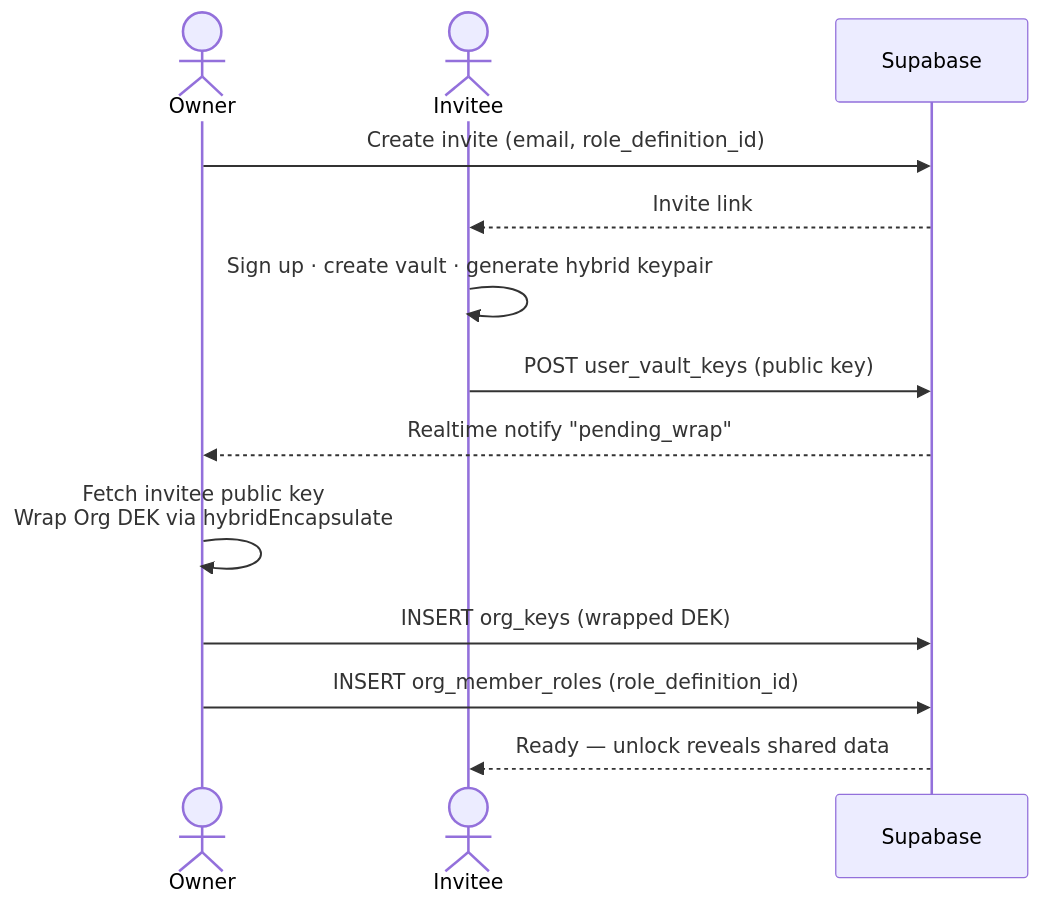
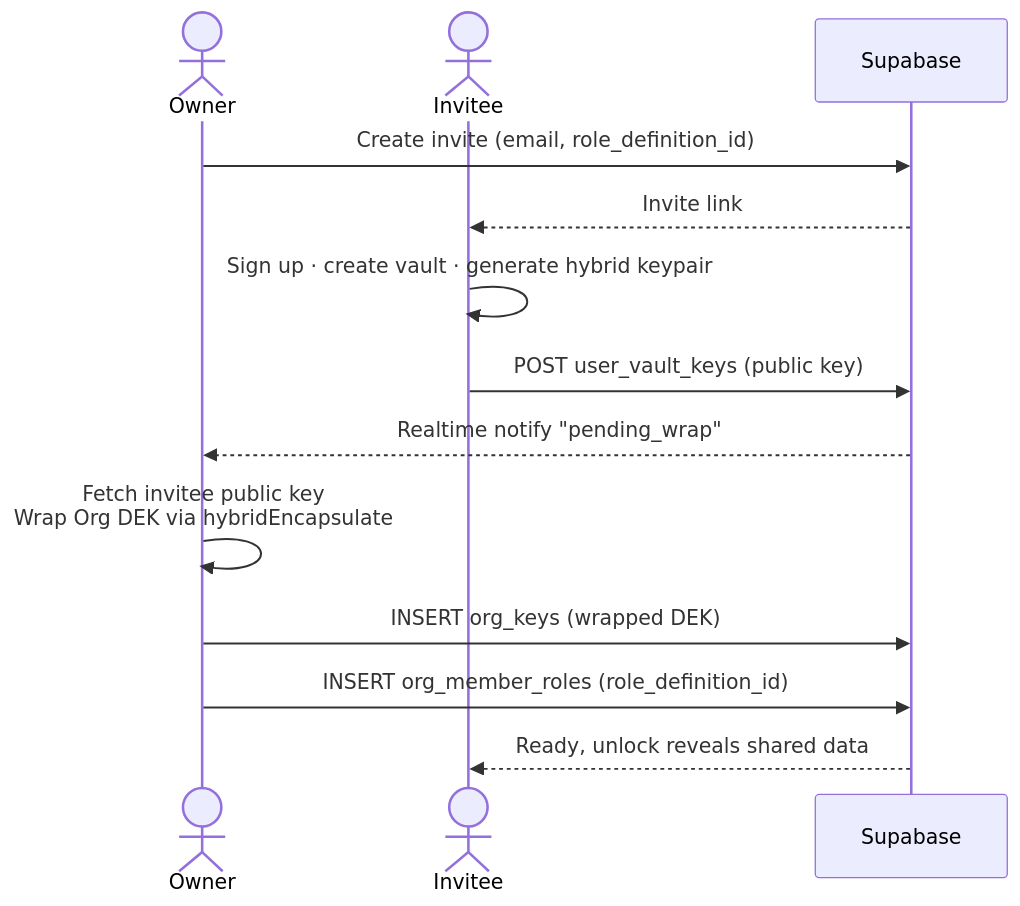
Before and after one commit to The-Orange-Way/Orange-Way-Books: the second of 3 diagrams in docs/OWB-MULTIUSER-DESIGN.md, drawn with Mermaid. The commit also changed other lines of this file and 5 other files, not shown here.

````diff
--- a/docs/OWB-MULTIUSER-DESIGN.md
+++ b/docs/OWB-MULTIUSER-DESIGN.md
@@ -202,16 +202,16 @@
 ```mermaid
 sequenceDiagram
   actor Owner
   actor Invitee
   participant Supabase
 
   Owner->>Supabase: Create invite (email, role_definition_id)
   Supabase-->>Invitee: Invite link
   Invitee->>Invitee: Sign up · create vault · generate hybrid keypair
   Invitee->>Supabase: POST user_vault_keys (public key)
   Supabase-->>Owner: Realtime notify "pending_wrap"
   Owner->>Owner: Fetch invitee public key<br/>Wrap Org DEK via hybridEncapsulate
   Owner->>Supabase: INSERT org_keys (wrapped DEK)
   Owner->>Supabase: INSERT org_member_roles (role_definition_id)
-  Supabase-->>Invitee: Ready — unlock reveals shared data
+  Supabase-->>Invitee: Ready, unlock reveals shared data
 ```
````
